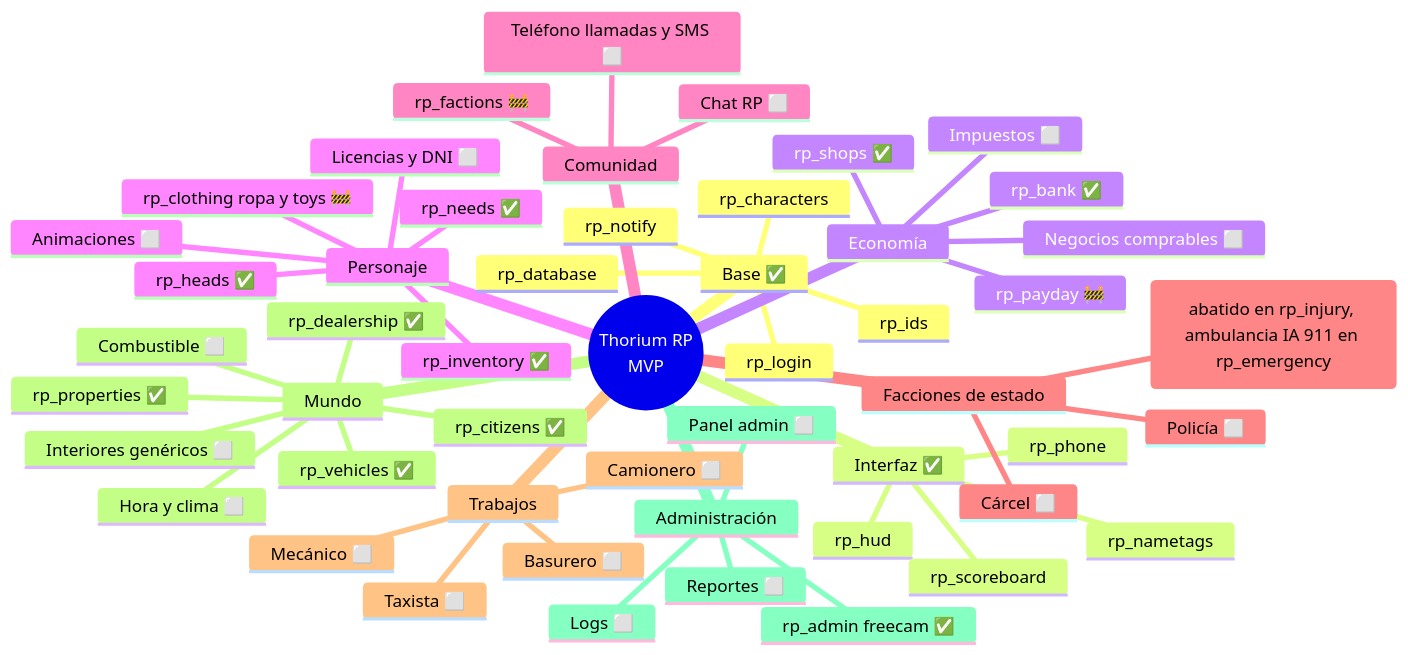
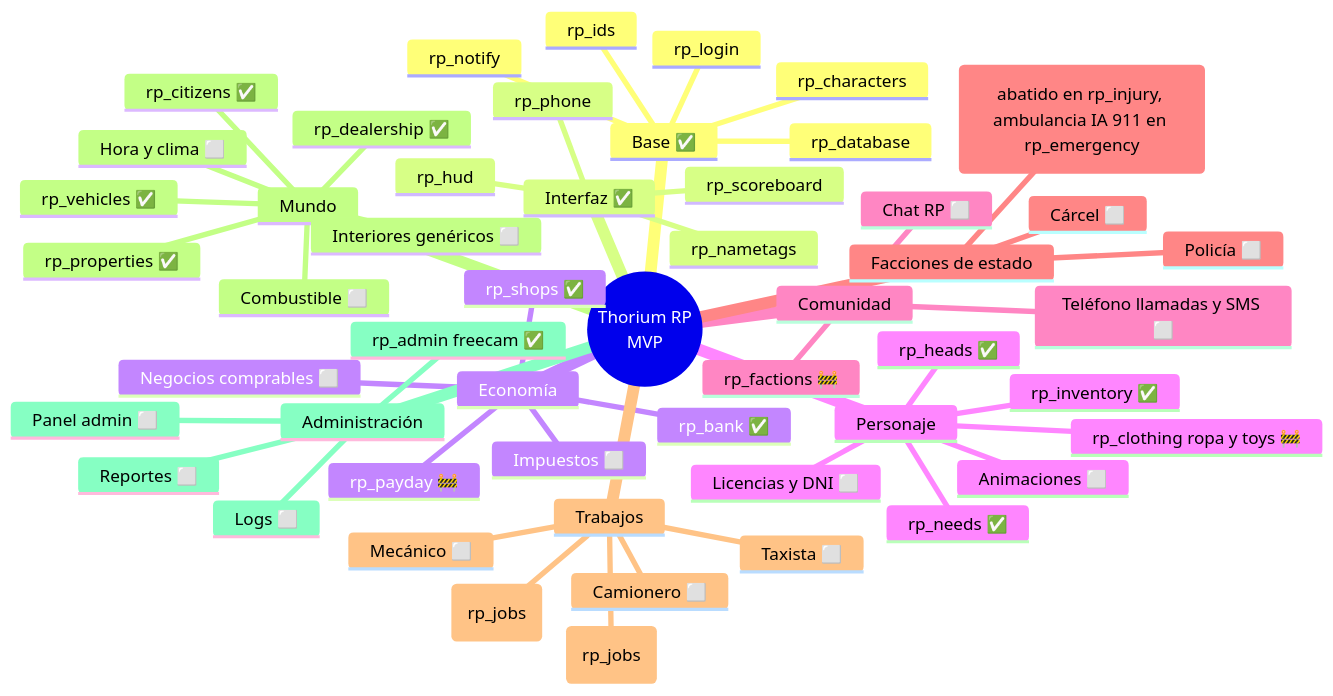
The diagram in docs/PLAN_MVP.md (zThorium/MTA-SA-Roleplay-Gamemode-Thorium), drawn with Mermaid before and after one commit. The commit also changed other lines of this file and 4 other files, not shown here.

````diff
--- a/docs/PLAN_MVP.md
+++ b/docs/PLAN_MVP.md
@@ -9,54 +9,55 @@
 ```mermaid
 mindmap
   root((Thorium RP<br/>MVP))
     Base ✅
       rp_database
       rp_login
       rp_characters
       rp_ids
       rp_notify
     Interfaz ✅
       rp_hud
       rp_scoreboard
       rp_nametags
       rp_phone
     Economía
       rp_bank ✅
       rp_shops ✅
       rp_payday 🚧
       Impuestos ⬜
       Negocios comprables ⬜
     Personaje
       rp_heads ✅
       rp_needs ✅
       rp_inventory ✅
       rp_clothing ropa y toys 🚧
       Animaciones ⬜
       Licencias y DNI ⬜
     Comunidad
       rp_factions 🚧
       Chat RP ⬜
       Teléfono llamadas y SMS ⬜
     Facciones de estado
       Policía ⬜
       Médicos 🚧 (abatido en rp_injury, ambulancia IA 911 en rp_emergency)
       Cárcel ⬜
     Trabajos
       Camionero ⬜
-      Basurero ⬜
+      Basurero ✅ (rp_jobs)
+      Granjero, leñador, cazador, pescador, minero ✅ (rp_jobs)
       Taxista ⬜
       Mecánico ⬜
     Mundo
       rp_properties ✅
       rp_vehicles ✅
       rp_dealership ✅
       rp_citizens ✅
       Combustible ⬜
       Interiores genéricos ⬜
       Hora y clima ⬜
     Administración
       rp_admin freecam ✅
       Panel admin ⬜
       Reportes ⬜
       Logs ⬜
 ```
````
